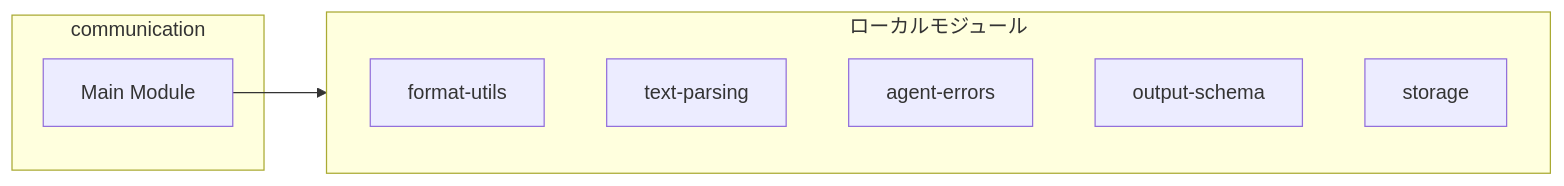
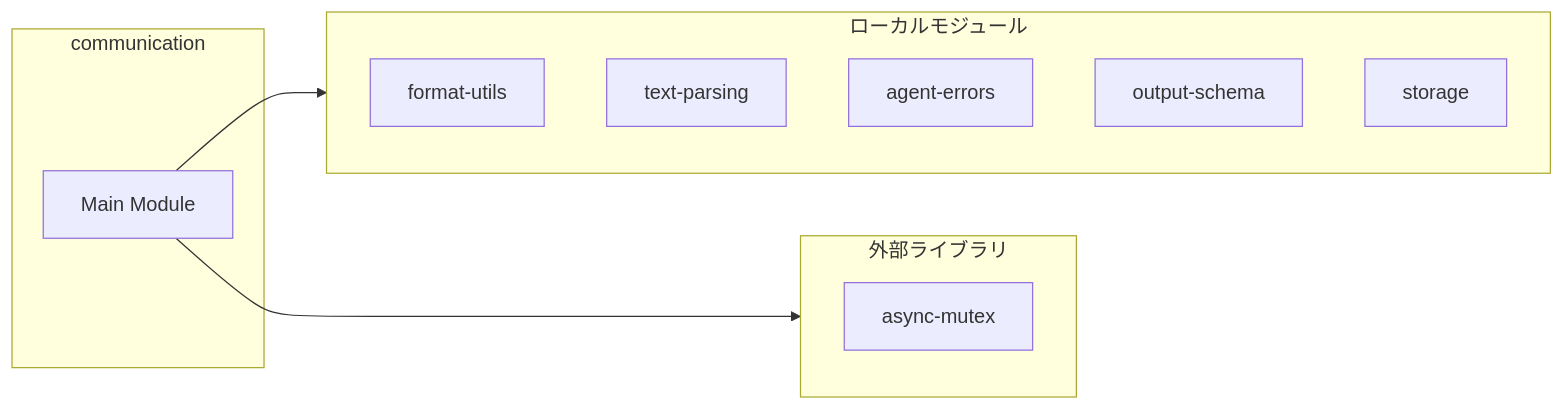
One commit to Mekann2904/mekann changed the second of 4 diagrams in ABDD/.pi/extensions/agent-teams/communication.md. Above: the diagram before and after it, drawn with Mermaid. The commit also changed other lines of this file and 189 other files, not shown here.

````diff
--- a/ABDD/.pi/extensions/agent-teams/communication.md
+++ b/ABDD/.pi/extensions/agent-teams/communication.md
@@ -102,14 +102,18 @@
 ```mermaid
 flowchart LR
   subgraph this[communication]
     main[Main Module]
   end
   subgraph local[ローカルモジュール]
     format_utils["format-utils"]
     text_parsing["text-parsing"]
     agent_errors["agent-errors"]
     output_schema["output-schema"]
     storage["storage"]
   end
   main --> local
+  subgraph external[外部ライブラリ]
+    async_mutex["async-mutex"]
+  end
+  main --> external
 ```
````
